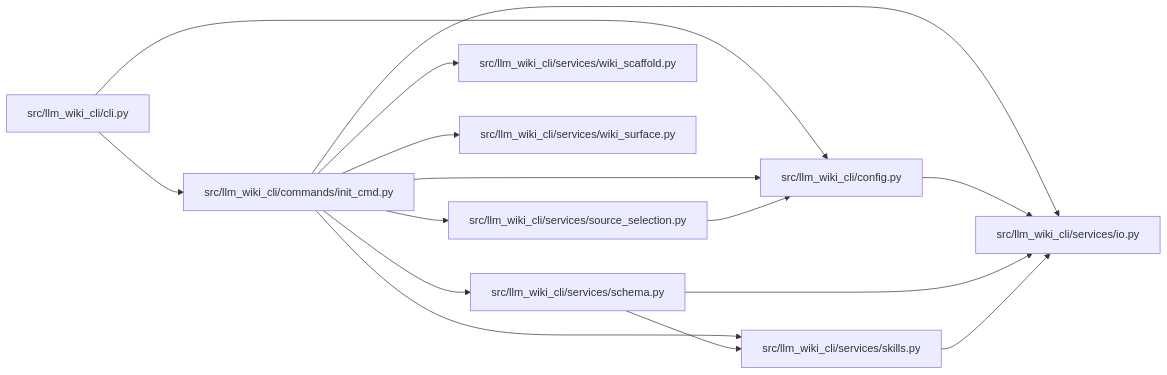
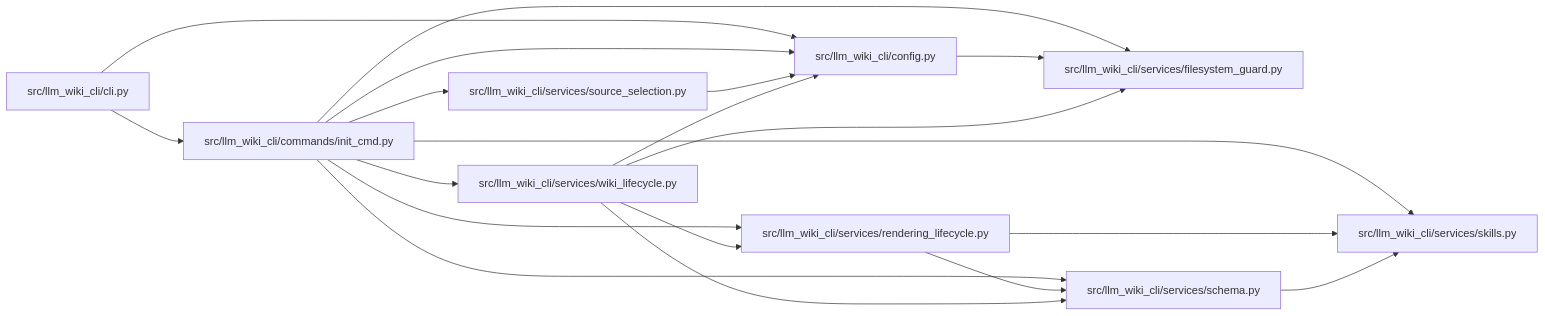
The diagram in docs/llm_wiki/modules/init_cmd.md (Denissvgn/python-wiki-llm), drawn with Mermaid before and after one commit. The commit also changed other lines of this file and 364 other files, not shown here.

````diff
--- a/docs/llm_wiki/modules/init_cmd.md
+++ b/docs/llm_wiki/modules/init_cmd.md
@@ -28,35 +28,39 @@
 ```mermaid
 flowchart LR
     n0["src/llm_wiki_cli/cli.py"]
     n1["src/llm_wiki_cli/commands/init_cmd.py"]
     n2["src/llm_wiki_cli/config.py"]
-    n3["src/llm_wiki_cli/services/io.py"]
-    n4["src/llm_wiki_cli/services/schema.py"]
-    n5["src/llm_wiki_cli/services/skills.py"]
-    n6["src/llm_wiki_cli/services/source_selection.py"]
-    n7["src/llm_wiki_cli/services/wiki_scaffold.py"]
-    n8["src/llm_wiki_cli/services/wiki_surface.py"]
+    n3["src/llm_wiki_cli/services/filesystem_guard.py"]
+    n4["src/llm_wiki_cli/services/rendering_lifecycle.py"]
+    n5["src/llm_wiki_cli/services/schema.py"]
+    n6["src/llm_wiki_cli/services/skills.py"]
+    n7["src/llm_wiki_cli/services/source_selection.py"]
+    n8["src/llm_wiki_cli/services/wiki_lifecycle.py"]
     n0 --> n1
     n0 --> n2
     n1 --> n2
     n1 --> n3
     n1 --> n4
     n1 --> n5
     n1 --> n6
     n1 --> n7
     n1 --> n8
     n2 --> n3
-    n4 --> n3
     n4 --> n5
-    n5 --> n3
-    n6 --> n2
+    n4 --> n6
+    n5 --> n6
+    n7 --> n2
+    n8 --> n2
+    n8 --> n3
+    n8 --> n4
+    n8 --> n5
     click n0 "../modules/cli.md"
     click n1 "../modules/init_cmd.md"
     click n2 "../modules/config.md"
-    click n3 "../modules/io.md"
-    click n4 "../modules/services_schema.md"
-    click n5 "../modules/skills.md"
-    click n6 "../modules/source_selection.md"
-    click n7 "../modules/wiki_scaffold.md"
-    click n8 "../modules/wiki_surface.md"
+    click n3 "../modules/filesystem_guard.md"
+    click n4 "../modules/rendering_lifecycle.md"
+    click n5 "../modules/services_schema.md"
+    click n6 "../modules/skills.md"
+    click n7 "../modules/source_selection.md"
+    click n8 "../modules/wiki_lifecycle.md"
 ```
````
